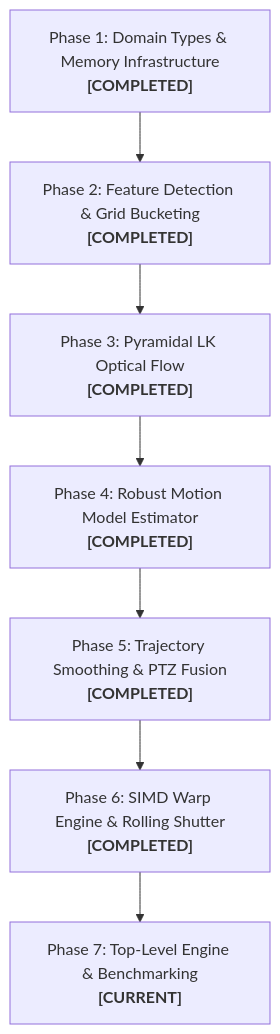
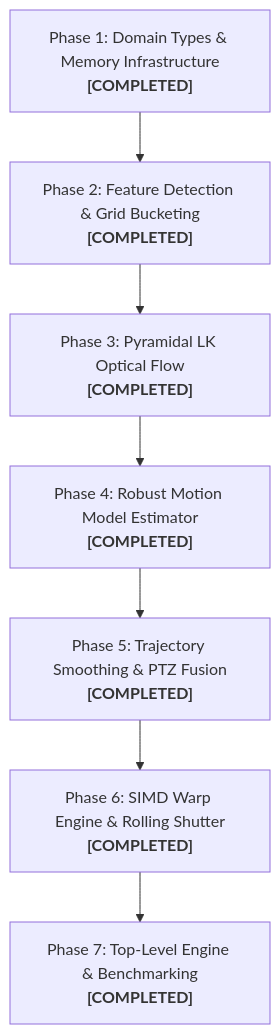
The third of 3 diagrams in docs/stabilizer_implementation_plan.md (svagionitis/PelcoD-Controller), drawn with Mermaid before and after one commit. The commit also changed other lines of this file and 8 other files, not shown here.

````diff
--- a/docs/stabilizer_implementation_plan.md
+++ b/docs/stabilizer_implementation_plan.md
@@ -345,9 +345,9 @@
 ```mermaid
 flowchart TD
     P1["Phase 1: Domain Types & Memory Infrastructure<br/><b>[COMPLETED]</b>"] --> P2["Phase 2: Feature Detection & Grid Bucketing<br/><b>[COMPLETED]</b>"]
     P2 --> P3["Phase 3: Pyramidal LK Optical Flow<br/><b>[COMPLETED]</b>"]
     P3 --> P4["Phase 4: Robust Motion Model Estimator<br/><b>[COMPLETED]</b>"]
     P4 --> P5["Phase 5: Trajectory Smoothing & PTZ Fusion<br/><b>[COMPLETED]</b>"]
     P5 --> P6["Phase 6: SIMD Warp Engine & Rolling Shutter<br/><b>[COMPLETED]</b>"]
-    P6 --> P7["Phase 7: Top-Level Engine & Benchmarking<br/><b>[CURRENT]</b>"]
+    P6 --> P7["Phase 7: Top-Level Engine & Benchmarking<br/><b>[COMPLETED]</b>"]
 ```
````
